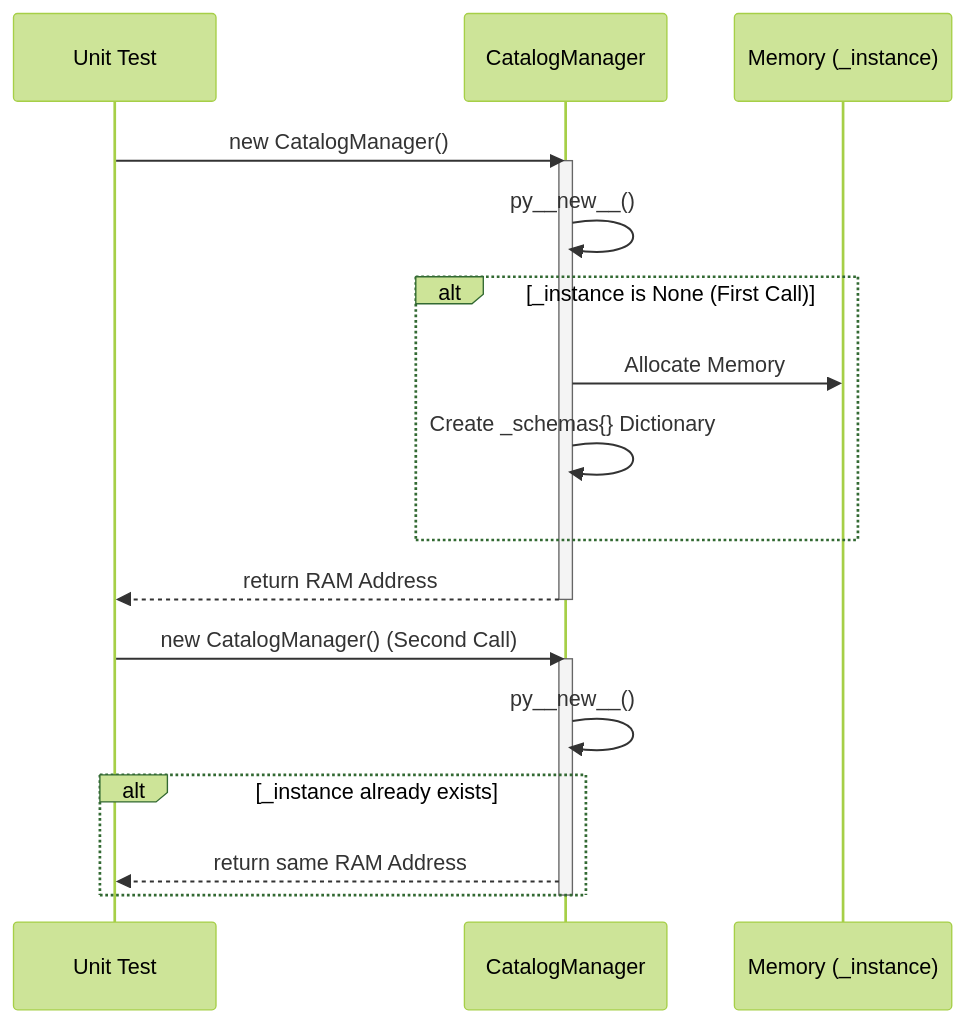
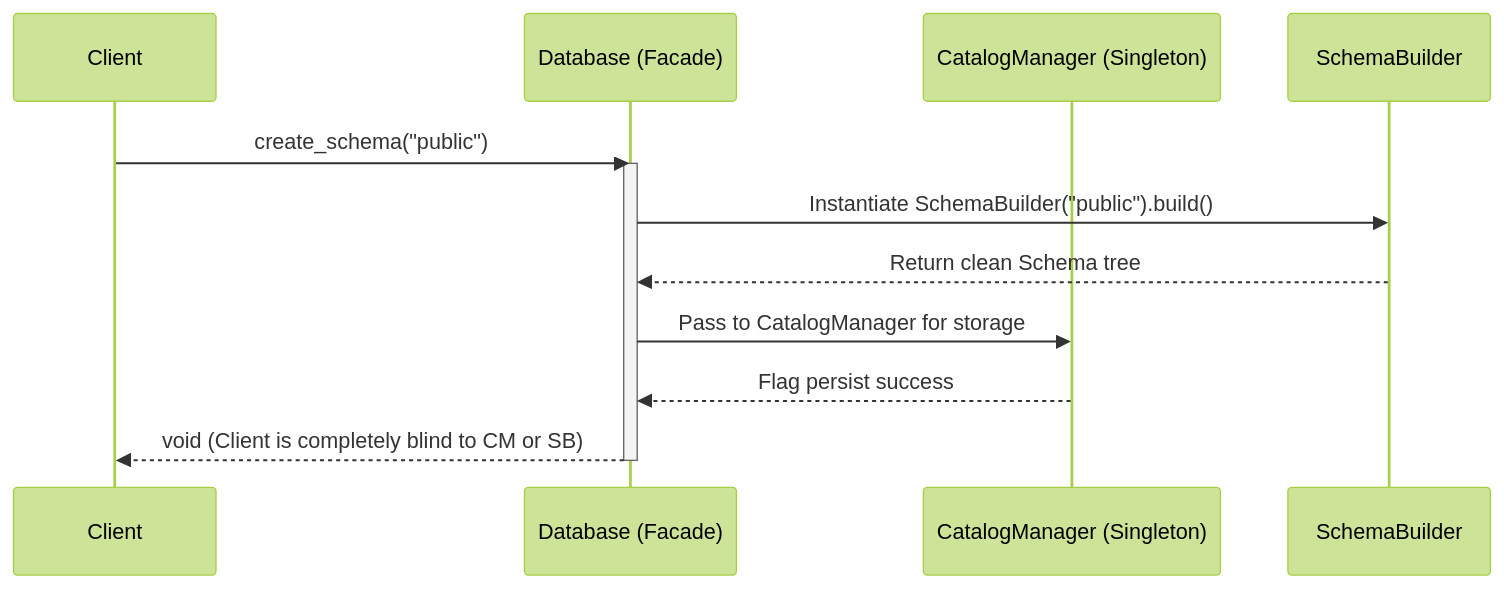
One commit to Ricky13170/bbv_DBMS changed the third of 14 diagrams in docs/readme.md. Above: the diagram before and after it, drawn with Mermaid (forest theme). The commit also changed other lines of this file and 10 other files, not shown here.

````diff
--- a/docs/readme.md
+++ b/docs/readme.md
@@ -80,24 +74,16 @@
 ```mermaid
 sequenceDiagram
-    participant Test as Unit Test
-    participant CM as CatalogManager
-    participant RAM as Memory (_instance)
-    
-    Test->>CM: new CatalogManager()
-    activate CM
-    CM->>CM: py__new__()
-    alt _instance is None (First Call)
-        CM->>RAM: Allocate Memory
-        CM->>CM: Create _schemas{} Dictionary
-    end
-    CM-->>Test: return RAM Address
-    deactivate CM
-    
-    Test->>CM: new CatalogManager() (Second Call)
-    activate CM
-    CM->>CM: py__new__()
-    alt _instance already exists
-        CM-->>Test: return same RAM Address
-    end
-    deactivate CM
+    participant Client
+    participant DB as Database (Facade)
+    participant CM as CatalogManager (Singleton)
+    participant SB as SchemaBuilder
+
+    Client->>DB: create_schema("public")
+    activate DB
+    DB->>SB: Instantiate SchemaBuilder("public").build()
+    SB-->>DB: Return clean Schema tree
+    DB->>CM: Pass to CatalogManager for storage
+    CM-->>DB: Flag persist success
+    DB-->>Client: void (Client is completely blind to CM or SB)
+    deactivate DB
 ```
````
